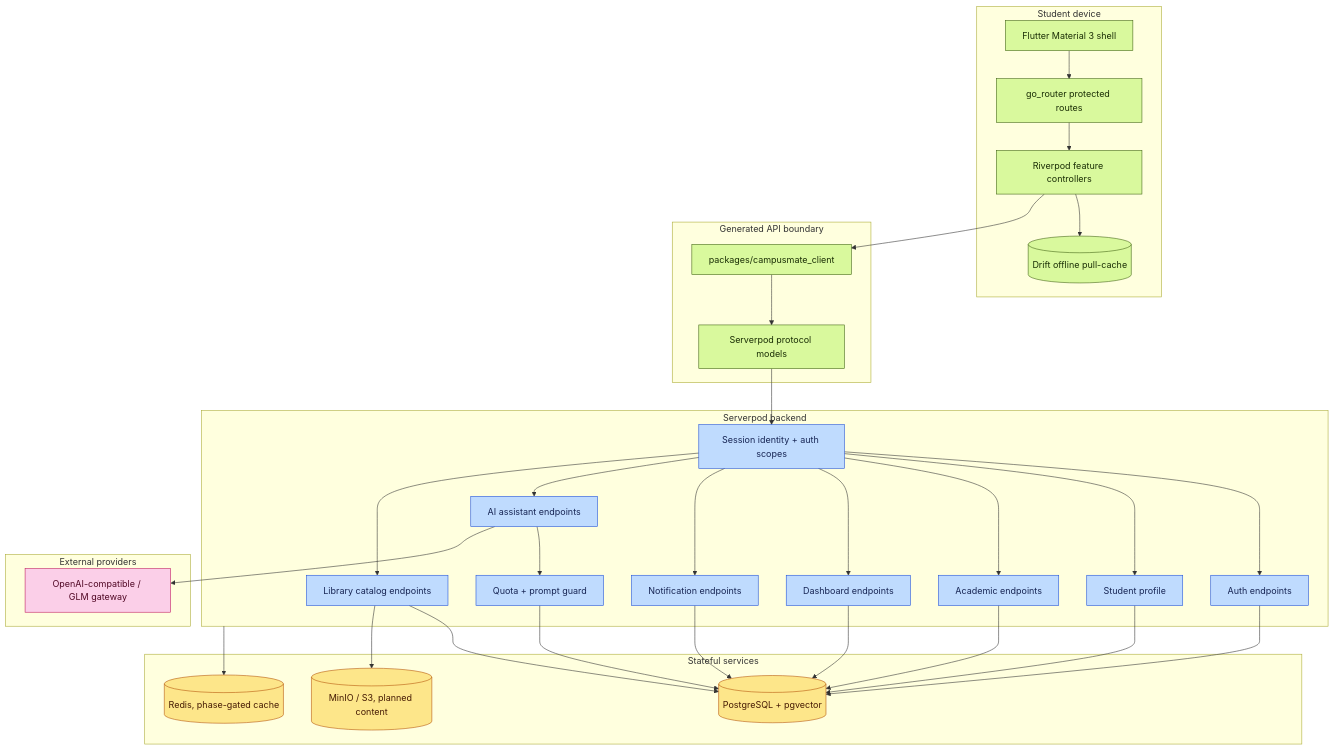
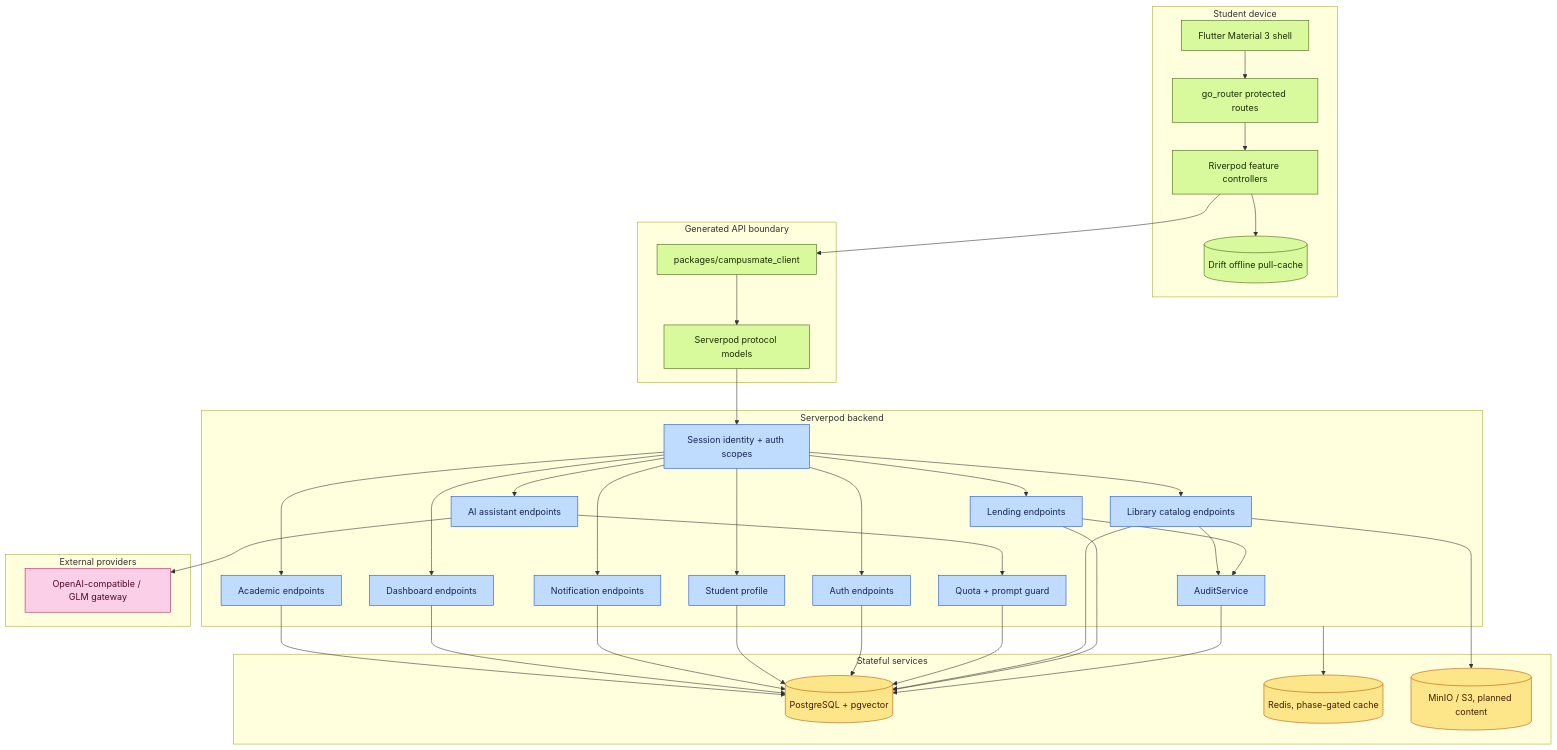
Before and after one commit to JasonTM17/CampusMate: the first of 2 diagrams in docs/architecture.md, drawn with Mermaid. The commit also changed other lines of this file and 147 other files, not shown here.

````diff
--- a/docs/architecture.md
+++ b/docs/architecture.md
@@ -7,70 +7,77 @@
 ```mermaid
 flowchart TB
     subgraph device[Student device]
         shell[Flutter Material 3 shell]
         router[go_router protected routes]
         controllers[Riverpod feature controllers]
         drift[(Drift offline pull-cache)]
     end
 
     subgraph generated[Generated API boundary]
         client[packages/campusmate_client]
         protocol[Serverpod protocol models]
     end
 
     subgraph backend[Serverpod backend]
         session[Session identity + auth scopes]
         auth[Auth endpoints]
         profile[Student profile]
         academic[Academic endpoints]
         dashboard[Dashboard endpoints]
         notify[Notification endpoints]
         ai[AI assistant endpoints]
         library[Library catalog endpoints]
+        lending[Lending endpoints]
+        audit[AuditService]
         quota[Quota + prompt guard]
     end
 
     subgraph data[Stateful services]
         postgres[(PostgreSQL + pgvector)]
         redis[(Redis, phase-gated cache)]
         minio[(MinIO / S3, planned content)]
     end
 
     subgraph external[External providers]
         llm[OpenAI-compatible / GLM gateway]
     end
 
     shell --> router
     router --> controllers
     controllers --> drift
     controllers --> client
     client --> protocol
     protocol --> session
     session --> auth
     session --> profile
     session --> academic
     session --> dashboard
     session --> notify
     session --> ai
     session --> library
+    session --> lending
+    library --> audit
+    lending --> audit
     academic --> postgres
     dashboard --> postgres
     notify --> postgres
     profile --> postgres
     auth --> postgres
     ai --> quota
     quota --> postgres
     ai --> llm
     library --> postgres
+    lending --> postgres
+    audit --> postgres
     library --> minio
     backend --> redis
 
     classDef mobile fill:#d9f99d,stroke:#3f6212,color:#1a2e05
     classDef api fill:#bfdbfe,stroke:#1d4ed8,color:#172554
     classDef store fill:#fde68a,stroke:#b45309,color:#451a03
     classDef provider fill:#fbcfe8,stroke:#be185d,color:#500724
     class shell,router,controllers,drift,client,protocol mobile
-    class session,auth,profile,academic,dashboard,notify,ai,library,quota api
+    class session,auth,profile,academic,dashboard,notify,ai,library,lending,audit,quota api
     class postgres,redis,minio store
     class llm provider
 ```
````
